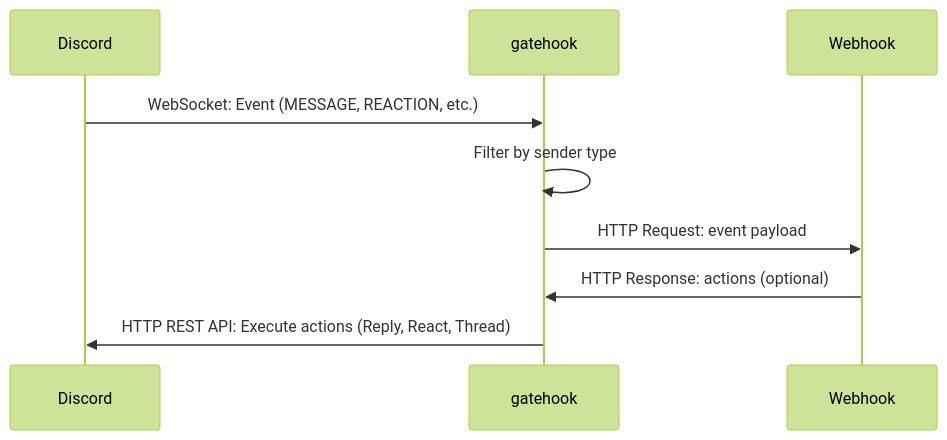
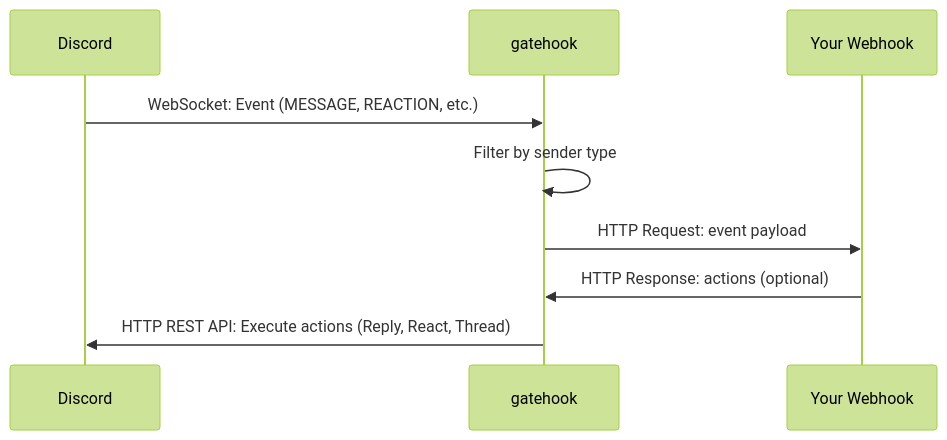
One commit to a24k/gatehook changed the diagram in README.md. Above: the diagram before and after it, drawn with Mermaid (forest theme).

Commit message:
docs: Clarify webhook as user-provided system
Change "Webhook" to "Your Webhook" in sequence diagram to make
it clear that this is an external system provided by the user,
not part of gatehook itself.

🤖 Generated with [Claude Code](https://claude.com/claude-code)

````diff
--- a/README.md
+++ b/README.md
@@ -20,12 +20,12 @@
 ```mermaid
 sequenceDiagram
     participant Discord
     participant gatehook
-    participant Webhook
+    participant Your Webhook
 
     Discord->>gatehook: WebSocket: Event (MESSAGE, REACTION, etc.)
     gatehook->>gatehook: Filter by sender type
-    gatehook->>Webhook: HTTP Request: event payload
-    Webhook->>gatehook: HTTP Response: actions (optional)
+    gatehook->>Your Webhook: HTTP Request: event payload
+    Your Webhook->>gatehook: HTTP Response: actions (optional)
     gatehook->>Discord: HTTP REST API: Execute actions (Reply, React, Thread)
 ```
````
